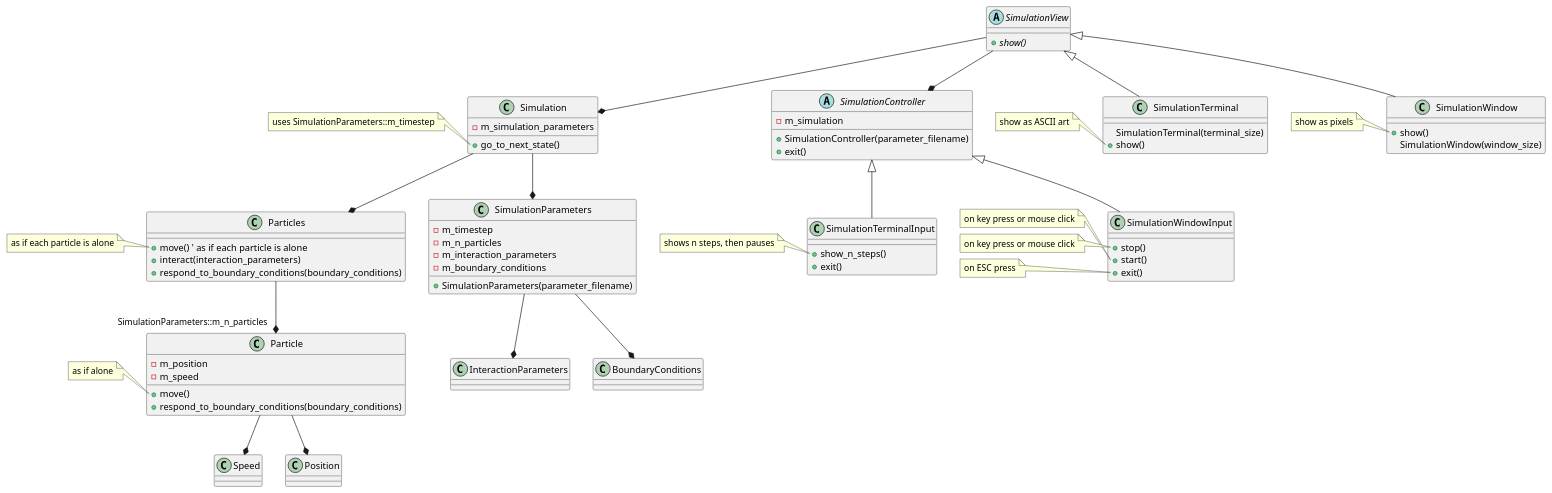
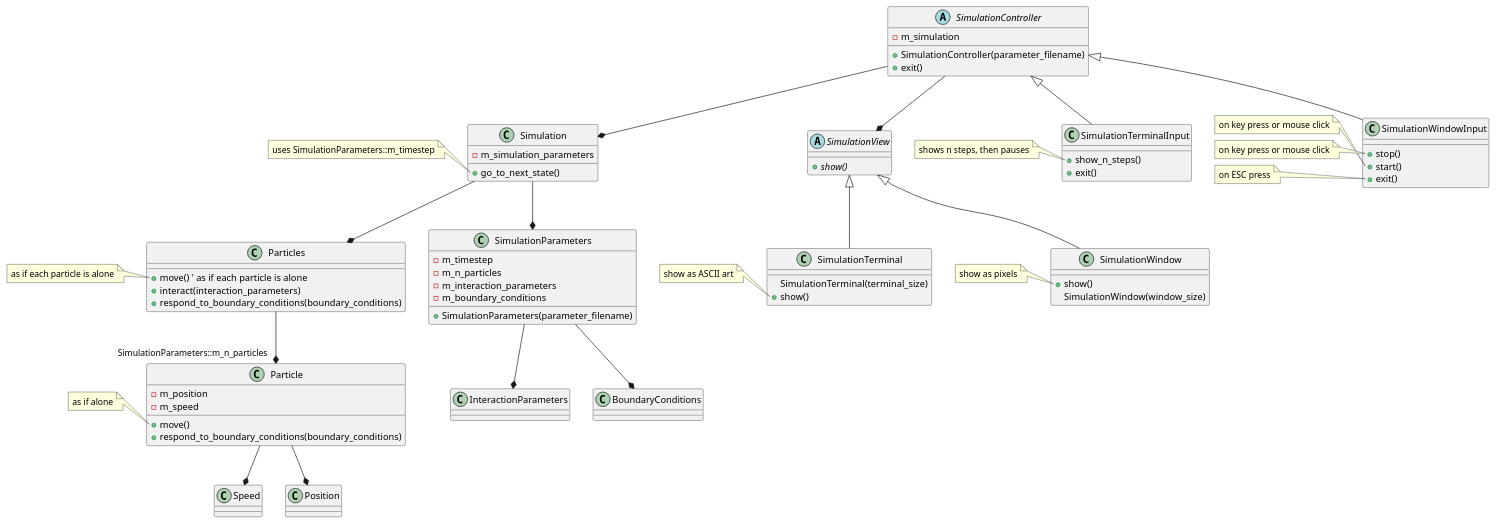
The diagram in class_diagram_richel.pu (programming-formalisms/programming_formalisms_example_project), drawn with PlantUML before and after one commit.

Commit message:
The controller is boss

```diff
--- a/class_diagram_richel.pu
+++ b/class_diagram_richel.pu
@@ -1,138 +1,138 @@
 @startuml
 
 class Simulation
 
 abstract class SimulationView
 class SimulationTerminal
 class SimulationWindow
 
 abstract class SimulationController
 class SimulationTerminalInput
 class SimulationWindowInput
 
 class SimulationParameters
 class Particles
 class Particle
 class Speed
 class Position
 
-SimulationView --* Simulation
-SimulationView --* SimulationController
+SimulationController --* Simulation
+SimulationController --* SimulationView
 
 Simulation --* SimulationParameters
 SimulationParameters --* InteractionParameters
 SimulationParameters --* BoundaryConditions
 
 Simulation --* Particles
 Particles --* "SimulationParameters::m_n_particles" Particle
 
 Particle --* Speed
 Particle --* Position
 
 
 SimulationView <|-- SimulationTerminal
 SimulationView <|-- SimulationWindow
 
 SimulationController <|-- SimulationTerminalInput
 SimulationController <|-- SimulationWindowInput
 
 class SimulationParameters {
   + SimulationParameters(parameter_filename)
   - m_timestep
   - m_n_particles
   - m_interaction_parameters
   - m_boundary_conditions
 }
 
 class Simulation {
   + go_to_next_state()
   - m_simulation_parameters
 }
 
 note left of Simulation::go_to_next_state
   uses SimulationParameters::m_timestep
 end note
 
 
 class Particles {
   + move() ' as if each particle is alone
   + interact(interaction_parameters)
   + respond_to_boundary_conditions(boundary_conditions)
 }
 
 note left of Particles::move
   as if each particle is alone
 end note
 
 class Particle {
   + move()
   + respond_to_boundary_conditions(boundary_conditions)
 
   - m_position
   - m_speed
 }
 
 note left of Particle::move
   as if alone
 end note
 
 
 abstract class SimulationView {
   + {abstract} show()
 }
 
 class SimulationTerminal {
   SimulationTerminal(terminal_size)
   + show()
 }
 note left of SimulationTerminal::show
   show as ASCII art
 end note
 
 class SimulationWindow {
   + show()
   SimulationWindow(window_size)
 }
 
 note left of SimulationWindow::show
   show as pixels
 end note
 
 
 abstract class SimulationController {
   + SimulationController(parameter_filename)
   + exit()
   - m_simulation
 }
 
 class SimulationTerminalInput {
   + show_n_steps()
   + exit()
 }
 
 note left of SimulationTerminalInput::show_n_steps
   shows n steps, then pauses
 end note
 
 
 class SimulationWindowInput {
   + stop()
   + start()
   + exit()
 }
 
 note left of SimulationWindowInput::start
   on key press or mouse click
 end note
 
 note left of SimulationWindowInput::stop
   on key press or mouse click
 end note
 
 note left of SimulationWindowInput::exit
   on ESC press
 end note
 
 
 
 @enduml
```
